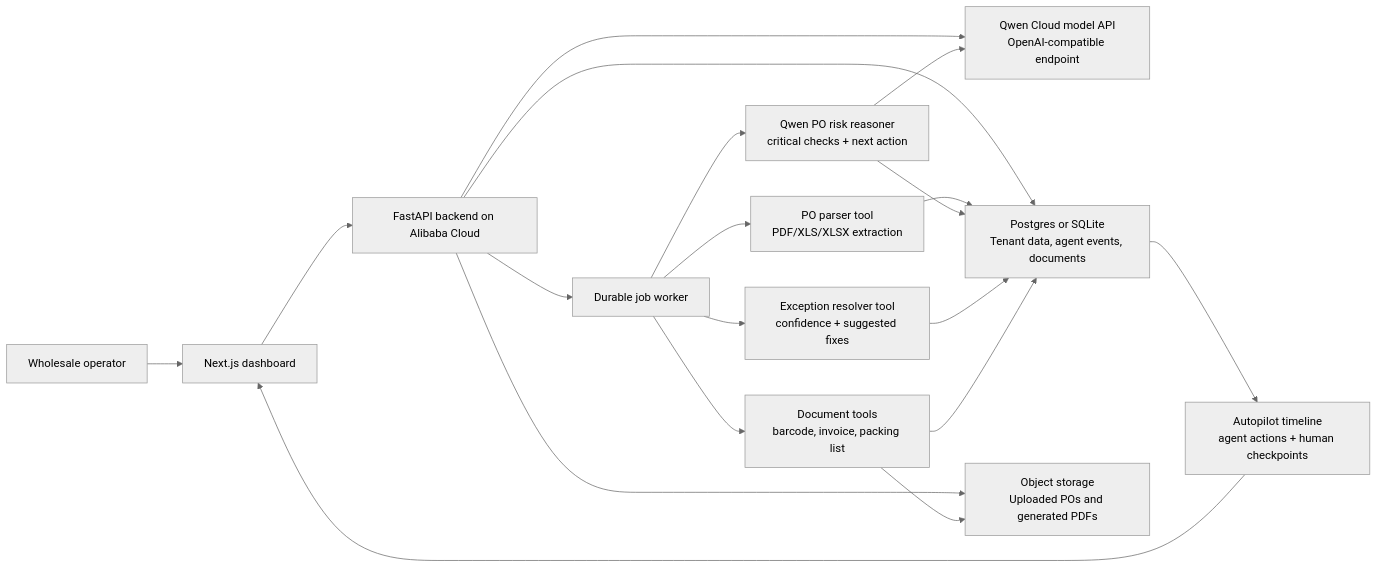
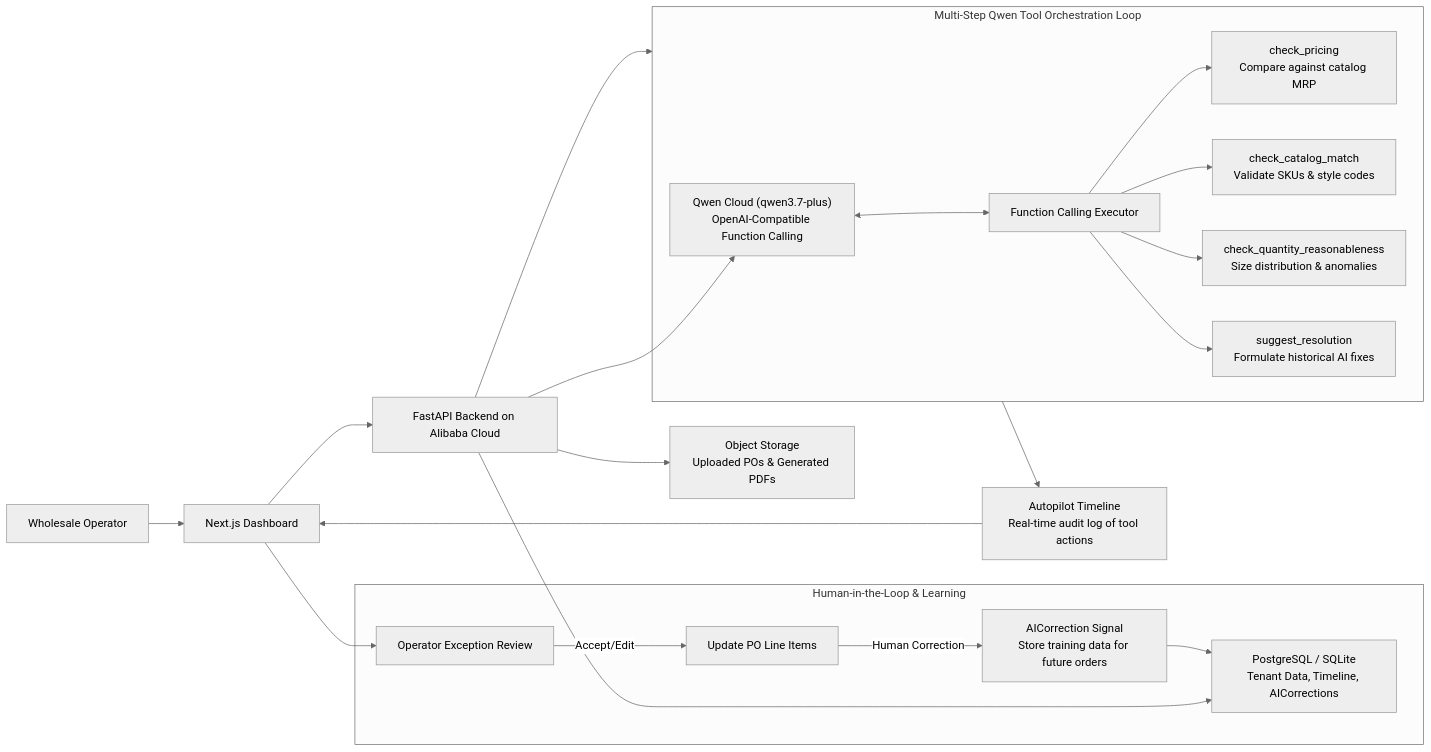
Before and after one commit to arnavbee/grada-qwen-autopilot: the diagram in docs/qwen-hackathon-architecture.md, drawn with Mermaid (neutral theme). The commit also changed other lines of this file and 14 other files, not shown here.

Commit message:
chore: default to qwen3.7-plus model and update deployment docs

````diff
--- a/docs/qwen-hackathon-architecture.md
+++ b/docs/qwen-hackathon-architecture.md
@@ -9,25 +9,29 @@
 ```mermaid
 flowchart LR
-  user["Wholesale operator"] --> web["Next.js dashboard"]
-  web --> api["FastAPI backend on Alibaba Cloud"]
+  user["Wholesale Operator"] --> web["Next.js Dashboard"]
+  web --> api["FastAPI Backend on Alibaba Cloud"]
 
-  api --> qwen["Qwen Cloud model API\nOpenAI-compatible endpoint"]
-  api --> db["Postgres or SQLite\nTenant data, agent events, documents"]
-  api --> storage["Object storage\nUploaded POs and generated PDFs"]
-  api --> worker["Durable job worker"]
+  api --> qwen["Qwen Cloud (qwen3.7-plus)\nOpenAI-Compatible Function Calling"]
+  api --> db["PostgreSQL / SQLite\nTenant Data, Timeline, AICorrections"]
+  api --> storage["Object Storage\nUploaded POs & Generated PDFs"]
 
-  worker --> parser["PO parser tool\nPDF/XLS/XLSX extraction"]
-  worker --> qwenReasoner["Qwen PO risk reasoner\ncritical checks + next action"]
-  worker --> resolver["Exception resolver tool\nconfidence + suggested fixes"]
-  worker --> docs["Document tools\nbarcode, invoice, packing list"]
+  subgraph AutopilotLoop["Multi-Step Qwen Tool Orchestration Loop"]
+    qwen <--> toolLoop["Function Calling Executor"]
+    toolLoop --> t1["check_pricing\nCompare against catalog MRP"]
+    toolLoop --> t2["check_catalog_match\nValidate SKUs & style codes"]
+    toolLoop --> t3["check_quantity_reasonableness\nSize distribution & anomalies"]
+    toolLoop --> t4["suggest_resolution\nFormulate historical AI fixes"]
+  end
 
-  parser --> db
-  qwenReasoner --> qwen
-  qwenReasoner --> db
-  resolver --> db
-  docs --> storage
-  docs --> db
+  api --> AutopilotLoop
+  AutopilotLoop --> timeline["Autopilot Timeline\nReal-time audit log of tool actions"]
+  timeline --> web
 
-  db --> timeline["Autopilot timeline\nagent actions + human checkpoints"]
-  timeline --> web
+  subgraph HumanLoop["Human-in-the-Loop & Learning"]
+    userReview["Operator Exception Review"] -->|Accept/Edit| lineItem["Update PO Line Items"]
+    lineItem -->|Human Correction| aiLearn["AICorrection Signal\nStore training data for future orders"]
+    aiLearn --> db
+  end
+
+  web --> userReview
 ```
````
